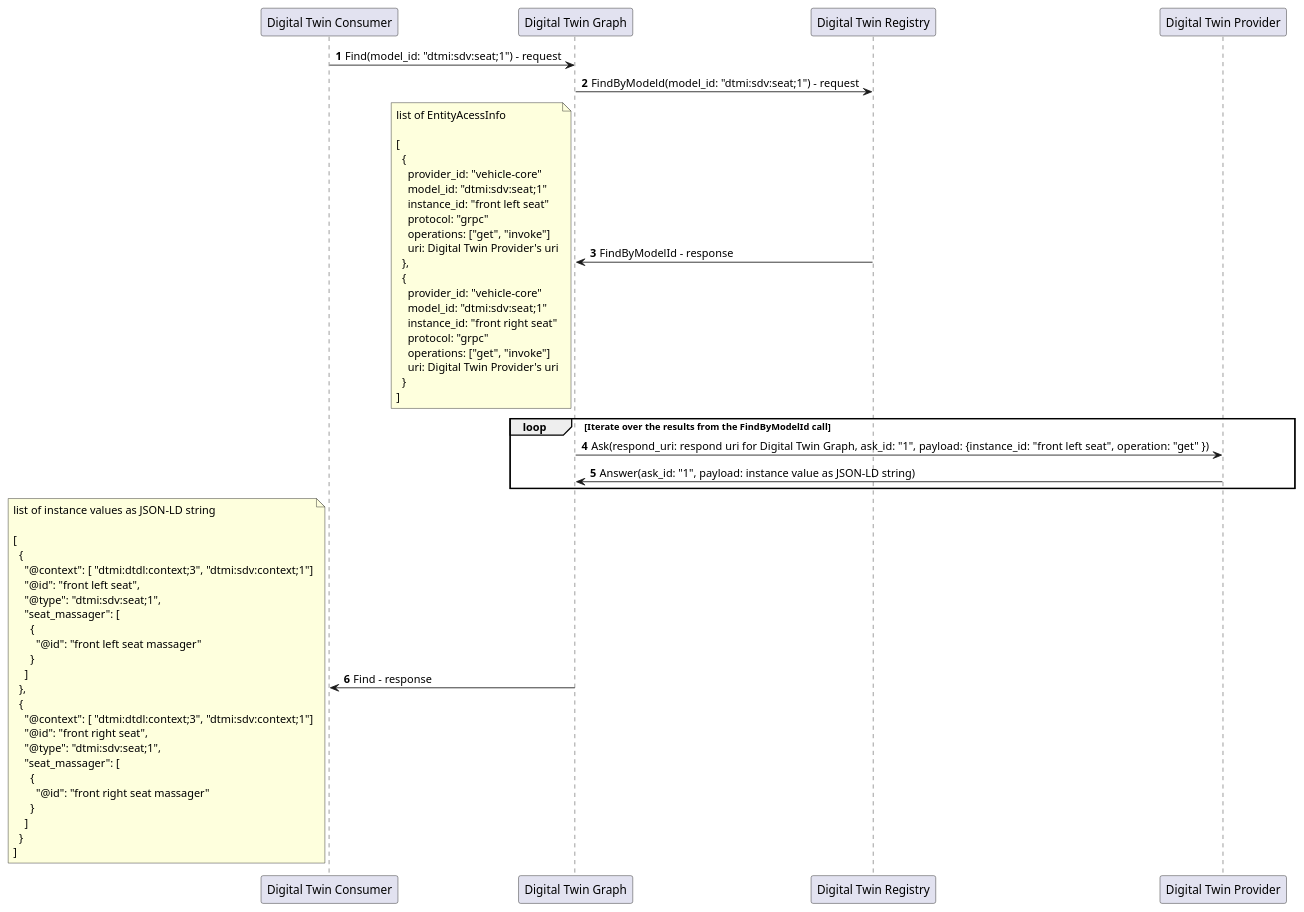
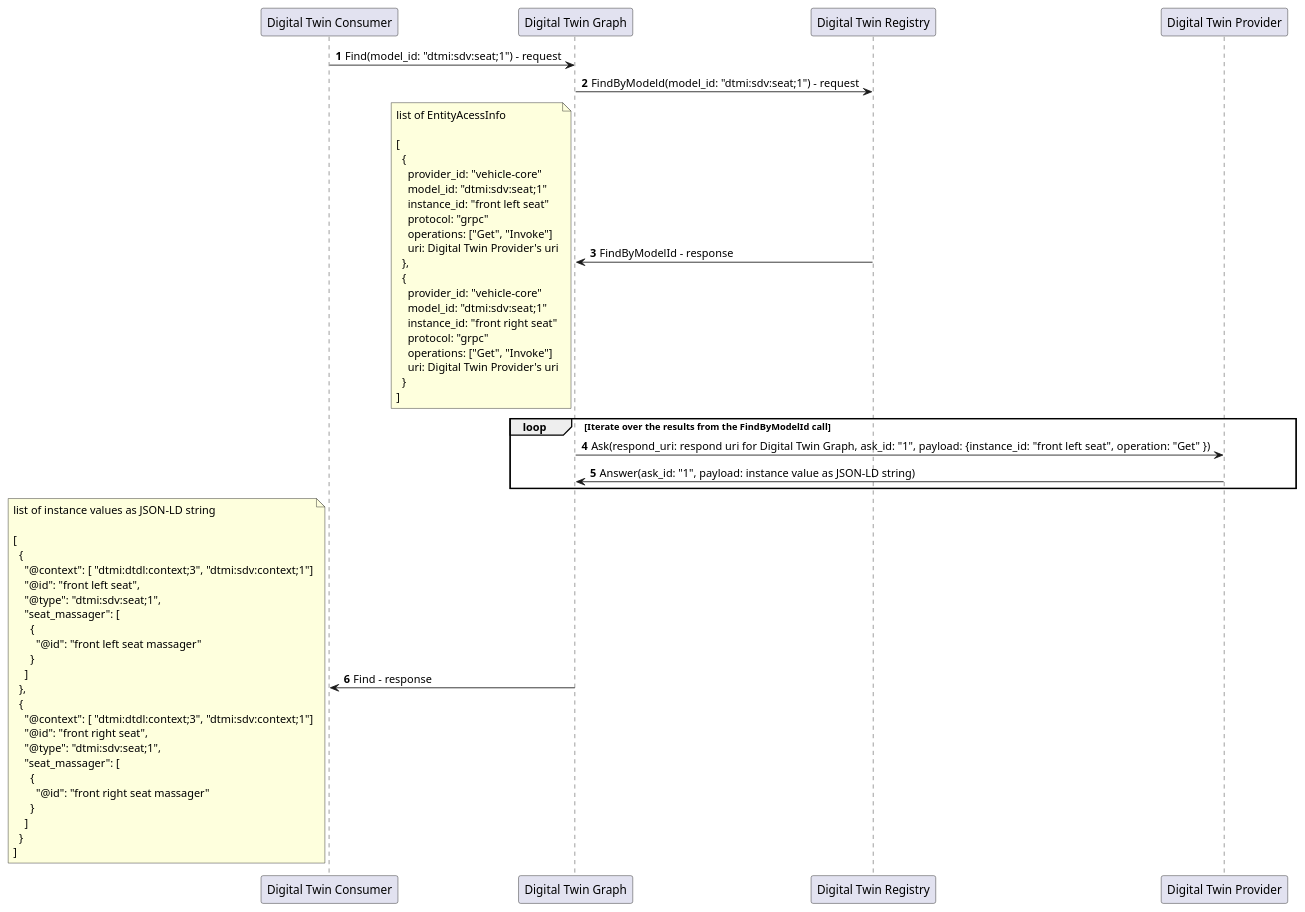
The diagram in docs/design/modules/digital_twin_graph/diagrams/find_sequence.puml (eclipse-ibeji/ibeji), drawn with PlantUML before and after one commit. The commit also changed 3 other files, not shown here.

Commit message:
Digital Twin Graph

```diff
--- a/docs/design/modules/digital_twin_graph/diagrams/find_sequence.puml
+++ b/docs/design/modules/digital_twin_graph/diagrams/find_sequence.puml
@@ -1,71 +1,71 @@
 @startuml
 
 autonumber
 
 participant "Digital Twin Consumer" as CONSUMER
 participant "Digital Twin Graph" as DIGITAL_TWIN_GRAPH
 participant "Digital Twin Registry" as DIGITAL_TWIN_REGISTRY
 participant "Digital Twin Provider" as PROVIDER
 
 CONSUMER -> DIGITAL_TWIN_GRAPH: Find(model_id: "dtmi:sdv:seat;1") - request
 
 DIGITAL_TWIN_GRAPH -> DIGITAL_TWIN_REGISTRY: FindByModeld(model_id: "dtmi:sdv:seat;1") - request
 
 DIGITAL_TWIN_GRAPH <- DIGITAL_TWIN_REGISTRY: FindByModelId - response
 note left
   list of EntityAcessInfo
 
   [
     {
       provider_id: "vehicle-core"
       model_id: "dtmi:sdv:seat;1"
       instance_id: "front left seat"
       protocol: "grpc"
-      operations: ["get", "invoke"]
+      operations: ["Get", "Invoke"]
       uri: Digital Twin Provider's uri
     },
     {
       provider_id: "vehicle-core"
       model_id: "dtmi:sdv:seat;1"
       instance_id: "front right seat"
       protocol: "grpc"
-      operations: ["get", "invoke"]
+      operations: ["Get", "Invoke"]
       uri: Digital Twin Provider's uri
     }
   ]
 end note
 
 loop Iterate over the results from the FindByModelId call
-  DIGITAL_TWIN_GRAPH -> PROVIDER: Ask(respond_uri: respond uri for Digital Twin Graph, ask_id: "1", payload: {instance_id: "front left seat", operation: "get" })
+  DIGITAL_TWIN_GRAPH -> PROVIDER: Ask(respond_uri: respond uri for Digital Twin Graph, ask_id: "1", payload: {instance_id: "front left seat", operation: "Get" })
   DIGITAL_TWIN_GRAPH <- PROVIDER: Answer(ask_id: "1", payload: instance value as JSON-LD string)
 end
 
 CONSUMER <- DIGITAL_TWIN_GRAPH: Find - response
 note left
   list of instance values as JSON-LD string
 
   [
     {
       "@context": [ "dtmi:dtdl:context;3", "dtmi:sdv:context;1"]
       "@id": "front left seat",
       "@type": "dtmi:sdv:seat;1",
       "seat_massager": [
         {
           "@id": "front left seat massager"
         }
       ]
     },
     {
       "@context": [ "dtmi:dtdl:context;3", "dtmi:sdv:context;1"]
       "@id": "front right seat",
       "@type": "dtmi:sdv:seat;1",
       "seat_massager": [
         {
           "@id": "front right seat massager"
         }
       ]
     }
   ]
 end note
 
 @enduml
```
